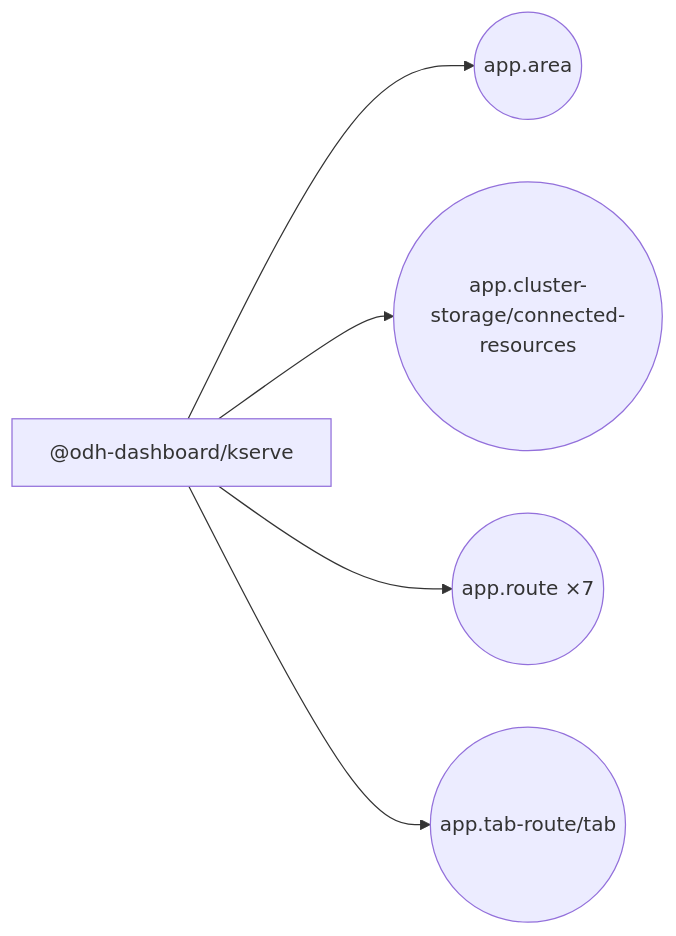
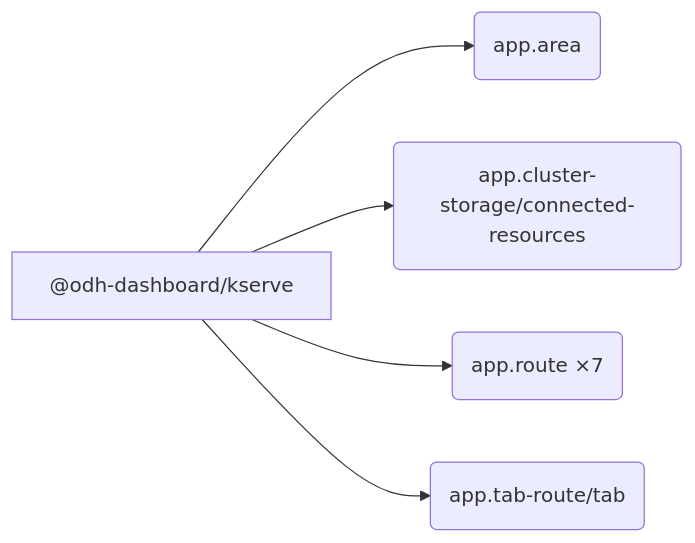
The first of 2 diagrams in packages/kserve/docs/extensions.md (mturley/odh-dashboard), drawn with Mermaid before and after one commit. The commit also changed other lines of this file and 24 other files, not shown here.

````diff
--- a/packages/kserve/docs/extensions.md
+++ b/packages/kserve/docs/extensions.md
@@ -15,12 +15,12 @@
 ```mermaid
 flowchart LR
   pkg_n__odh_dashboard_kserve_e30286["@odh-dashboard/kserve"]
-  point_n_app_area_bcfe23(("app.area"))
+  point_n_app_area_bcfe23("app.area")
   pkg_n__odh_dashboard_kserve_e30286 --> point_n_app_area_bcfe23
-  point_n_app_cluster_storage_connected_resources_77ac0c(("app.cluster-storage/connected-resources"))
+  point_n_app_cluster_storage_connected_resources_77ac0c("app.cluster-storage/connected-resources")
   pkg_n__odh_dashboard_kserve_e30286 --> point_n_app_cluster_storage_connected_resources_77ac0c
-  point_n_app_route_2735df(("app.route ×7"))
+  point_n_app_route_2735df("app.route ×7")
   pkg_n__odh_dashboard_kserve_e30286 --> point_n_app_route_2735df
-  point_n_app_tab_route_tab_10b1cd(("app.tab-route/tab"))
+  point_n_app_tab_route_tab_10b1cd("app.tab-route/tab")
   pkg_n__odh_dashboard_kserve_e30286 --> point_n_app_tab_route_tab_10b1cd
 ```
````
